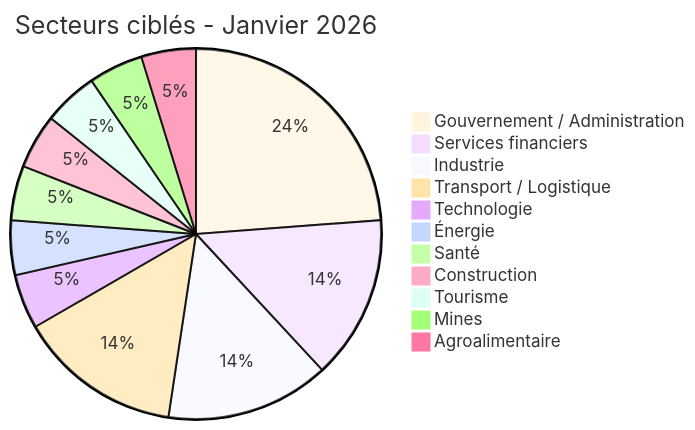
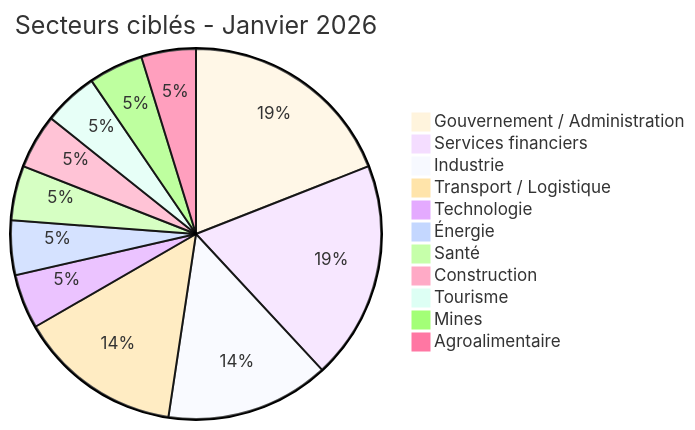
The third of 4 diagrams in statistics/2026/01-january/README_FR.md (Hatchepsoute/AFRINTEL), drawn with Mermaid before and after one commit. The commit also changed other lines of this file and 39 other files, not shown here.

````diff
--- a/statistics/2026/01-january/README_FR.md
+++ b/statistics/2026/01-january/README_FR.md
@@ -165,16 +166,16 @@
 ```mermaid
 %%{init: {'theme': 'base'}}%%
 pie
     title Secteurs ciblés - Janvier 2026
-    "Gouvernement / Administration" : 5
-    "Services financiers" : 3
+    "Gouvernement / Administration" : 4
+    "Services financiers" : 4
     "Industrie" : 3
     "Transport / Logistique" : 3
     "Technologie" : 1
     "Énergie" : 1
     "Santé" : 1
     "Construction" : 1
     "Tourisme" : 1
     "Mines" : 1
     "Agroalimentaire" : 1
 ```
````
